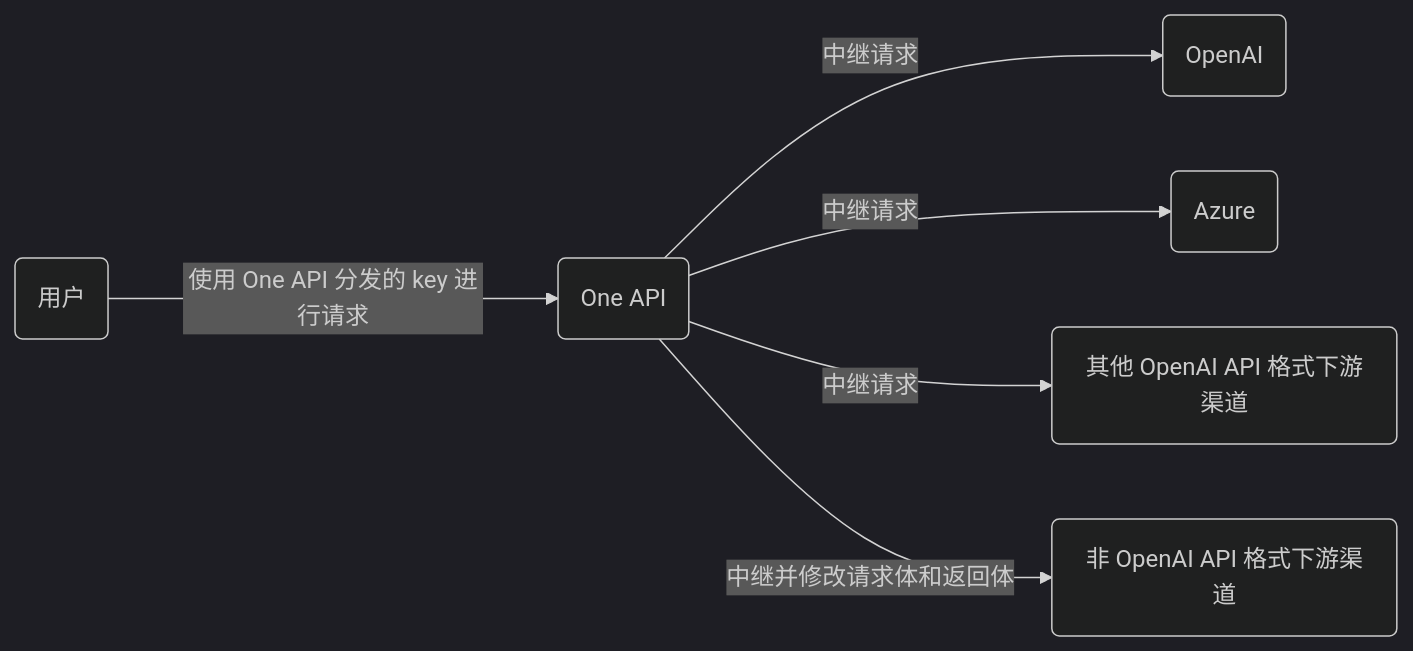
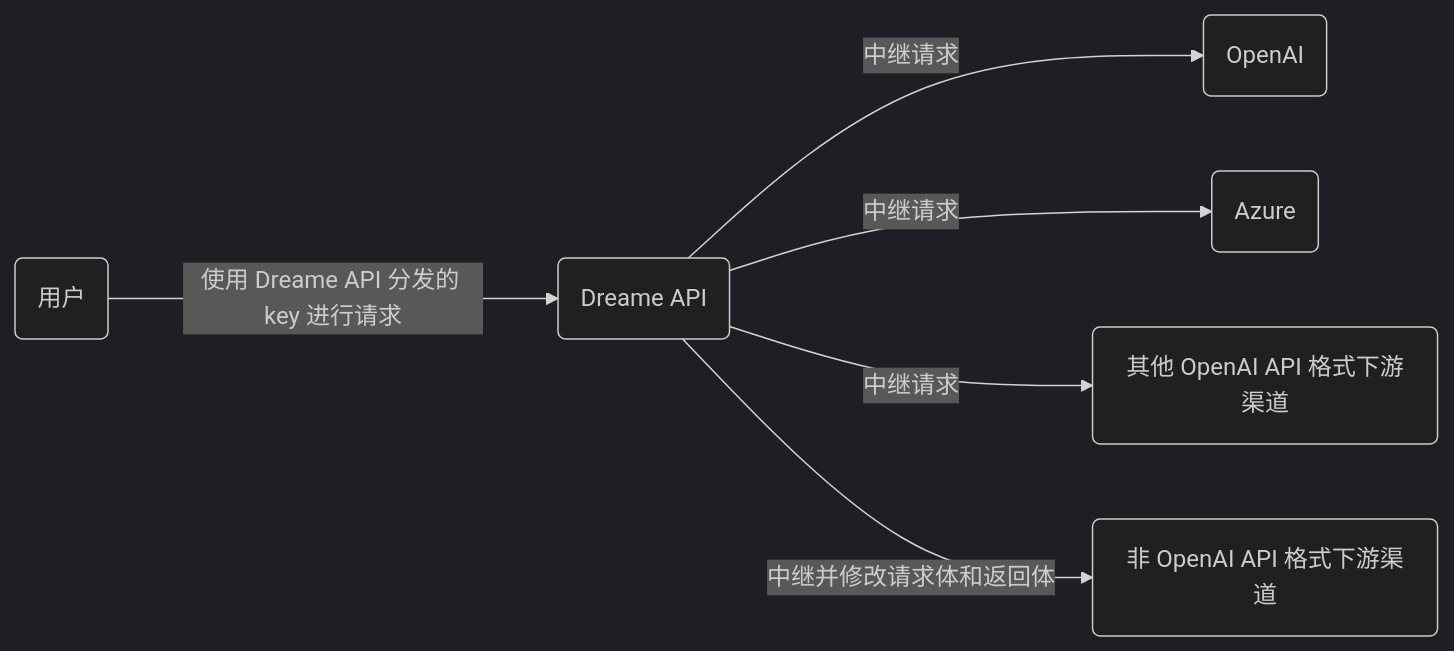
One commit to knightgao/dreame-api changed the diagram in README.md. Above: the diagram before and after it, drawn with Mermaid (dark theme). The commit also changed other lines of this file and 27 other files, not shown here.

````diff
--- a/README.md
+++ b/README.md
@@ -327,9 +327,9 @@
 ```mermaid
 graph LR
     A(用户)
-    A --->|使用 One API 分发的 key 进行请求| B(One API)
+    A --->|使用 Dreame API 分发的 key 进行请求| B(Dreame API)
     B -->|中继请求| C(OpenAI)
     B -->|中继请求| D(Azure)
     B -->|中继请求| E(其他 OpenAI API 格式下游渠道)
     B -->|中继并修改请求体和返回体| F(非 OpenAI API 格式下游渠道)
 ```
````
